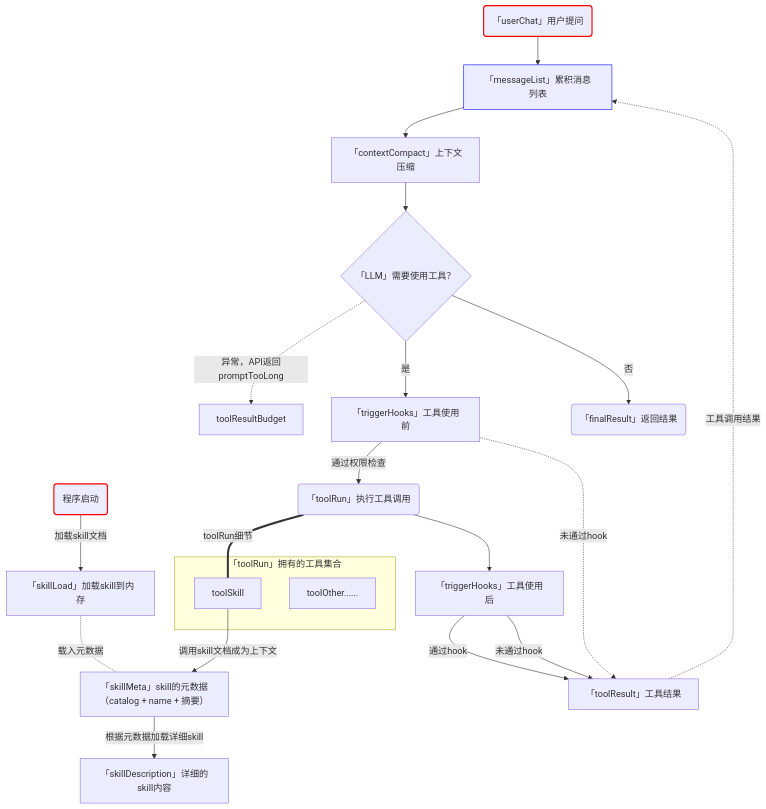
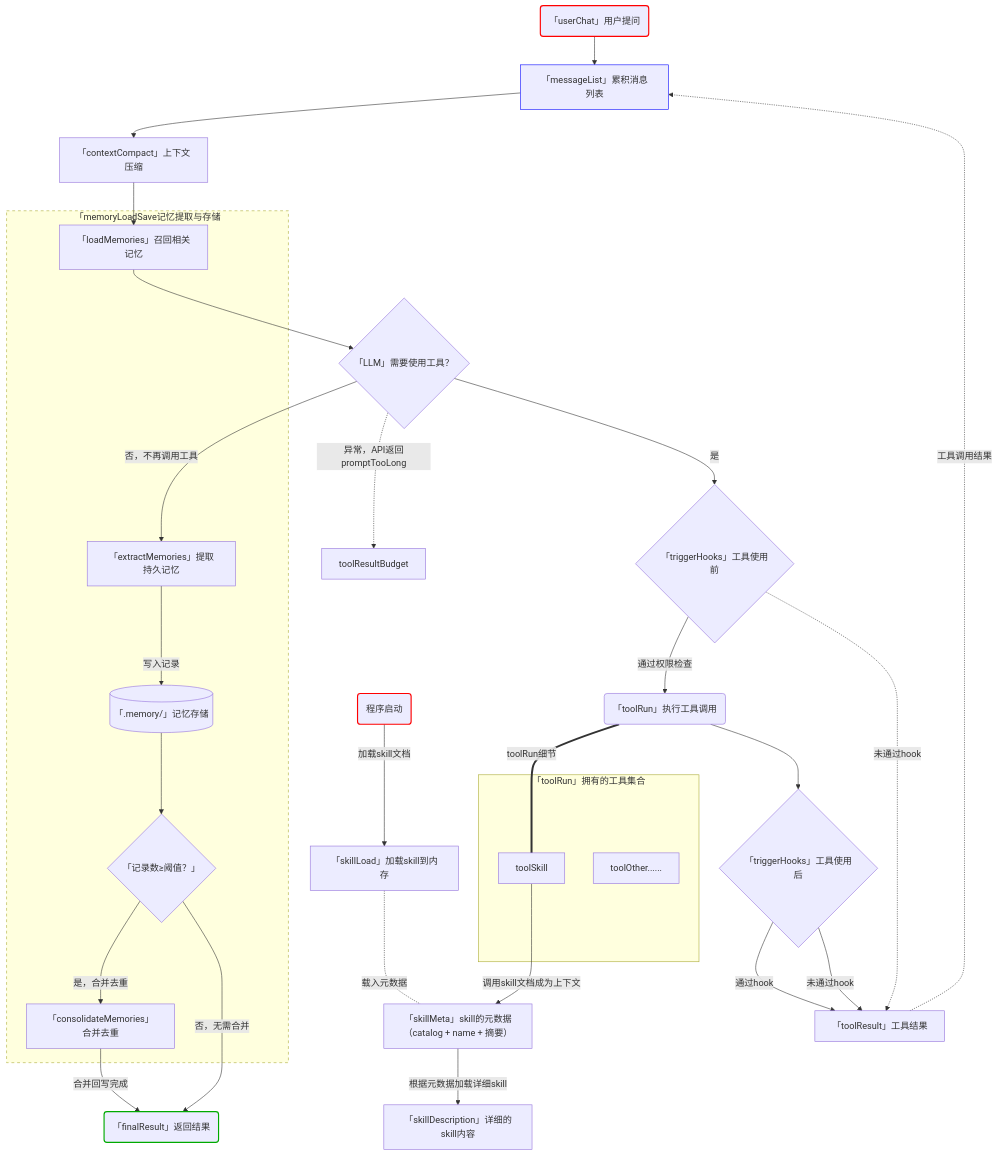
Before and after one commit to zjinc36/zjinc36.github.io: the diagram in 2026/20260904-learnClaudeCode_009_memory.md, drawn with Mermaid. The commit also changed other lines of this file and 8 other files, not shown here.

````diff
--- a/2026/20260904-learnClaudeCode_009_memory.md
+++ b/2026/20260904-learnClaudeCode_009_memory.md
@@ -33,51 +31,69 @@
 ```mermaid
 flowchart TD
     processStart@{shape: rounded, label: "程序启动"}
     skillLoad@{shape: rect, label: "「skillLoad」加载skill到内存"}
     skillMeta@{shape: rect, label: "「skillMeta」skill的元数据（catalog + name + 摘要）"}
     skillDescription@{shape: rect, label: "「skillDescription」详细的skill内容"}
 
     processStart --> |加载skill文档| skillLoad
     skillLoad -.-|载入元数据| skillMeta
 
     userChat@{shape: rounded, label: "「userChat」用户提问"}
     LLM@{shape: diamond, label: "「LLM」需要使用工具？" }
     toolRun@{shape: rounded, label: "「toolRun」执行工具调用"}
     finalResult@{shape: rounded, label: "「finalResult」返回结果"}
     messageList@{shape: rect, label: "「messageList」累积消息列表"}
     toolResult@{shape: rect, label: "「toolResult」工具结果"}
-    hookPreToolUse@{shape: rect, label: "「triggerHooks」工具使用前"}
-    hookPostToolUse@{shape: rect, label: "「triggerHooks」工具使用后"}
+    hookPreToolUse@{shape: diamond, label: "「triggerHooks」工具使用前"}
+    hookPostToolUse@{shape: diamond, label: "「triggerHooks」工具使用后"}
 
     subgraph toolBox[「toolRun」拥有的工具集合]
         toolSkill@{shape: rect, label: "toolSkill"}
         toolOther@{shape: rect, label: "toolOther......"}
     end
 
     contextCompact@{shape: rect, label: "「contextCompact」上下文压缩"}
 
+    subgraph memoryLoadSave[「memoryLoadSave记忆提取与存储]
+        memoryStore@{shape: cyl, label: "「.memory/」记忆存储"}
+        memoryRecall@{shape: rect, label: "「loadMemories」召回相关记忆"}
+        memoryExtract@{shape: rect, label: "「extractMemories」提取持久记忆"}
+        memoryConsolidate@{shape: rect, label: "「consolidateMemories」合并去重"}
+        memoryThreshold@{shape: diamond, label: "「记录数≥阈值？」"}
+    end
+
+
     userChat --> messageList
     messageList --> contextCompact
-    contextCompact --> LLM
+    contextCompact --> memoryRecall
+    memoryRecall --> LLM
     LLM -.-> |异常，API返回promptTooLong| toolResultBudget
     LLM --> |是| hookPreToolUse
     hookPreToolUse --> |通过权限检查| toolRun
     hookPreToolUse -.->|未通过hook| toolResult
-    LLM --> |否| finalResult
+    LLM --> |否，不再调用工具| memoryExtract
     toolRun === |toolRun细节| toolSkill
     toolSkill -->|调用skill文档成为上下文| skillMeta
     skillMeta -->|根据元数据加载详细skill| skillDescription
     toolRun --> hookPostToolUse
     hookPostToolUse --> |通过hook| toolResult
     hookPostToolUse --> |未通过hook| toolResult
     toolResult -.-> |工具调用结果| messageList
 
+    memoryExtract --> |写入记录| memoryStore
+    memoryStore --> memoryThreshold
+    memoryThreshold --> |是，合并去重| memoryConsolidate
+    memoryThreshold --> |否，无需合并| finalResult
+    memoryConsolidate --> |合并回写完成| finalResult
+
     style userChat stroke:#ff0000, stroke-width:2px
     style processStart stroke:#ff0000, stroke-width:2px
+    style finalResult stroke:#00aa00, stroke-width:2px
 
 
     messageList:::blueStrokeColor
+    memoryLoadSave:::dashedNode
 
     classDef dashedNode stroke-dasharray: 5 5
     classDef blueStrokeColor stroke:#0000ff
 ```
````
